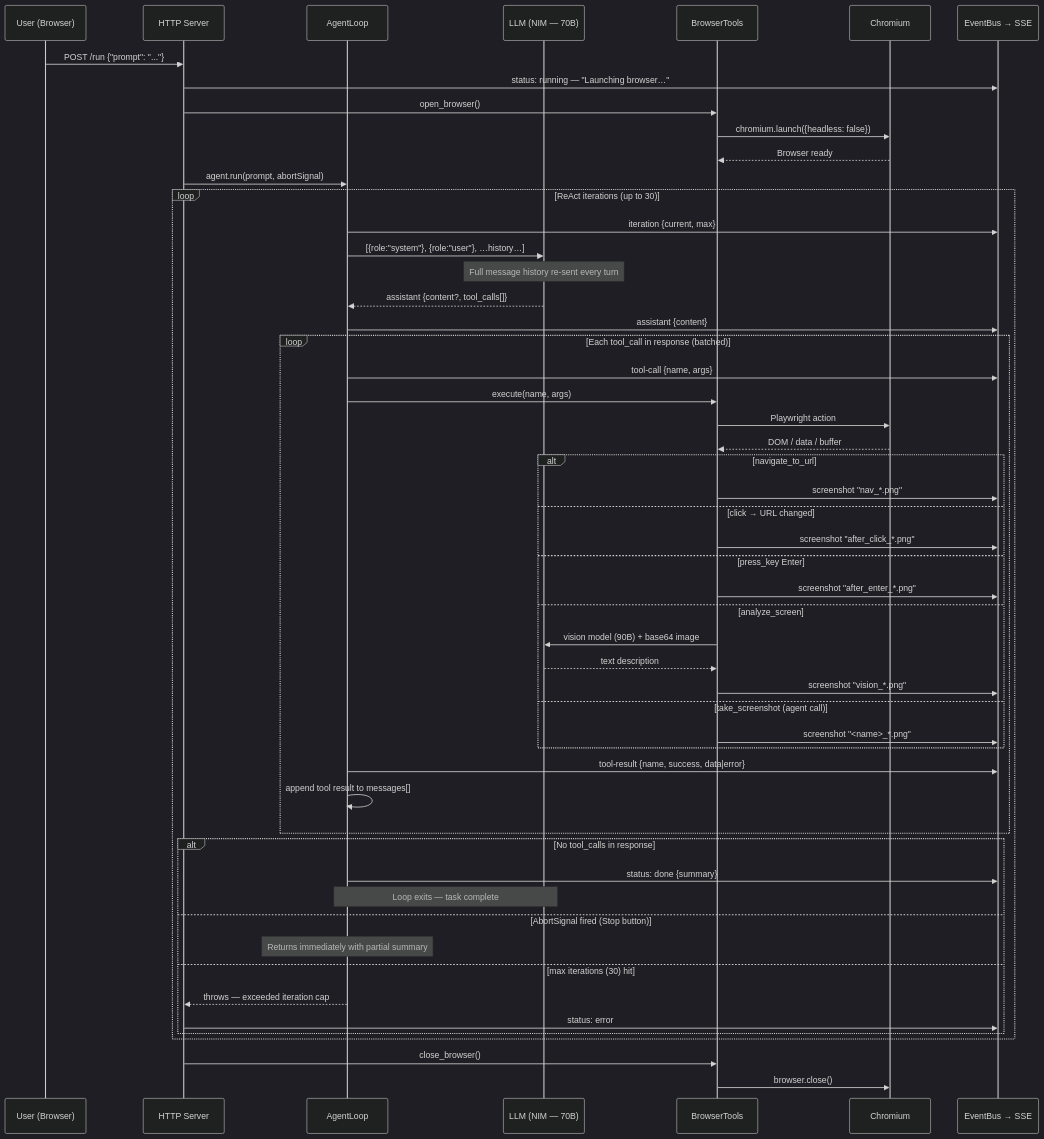
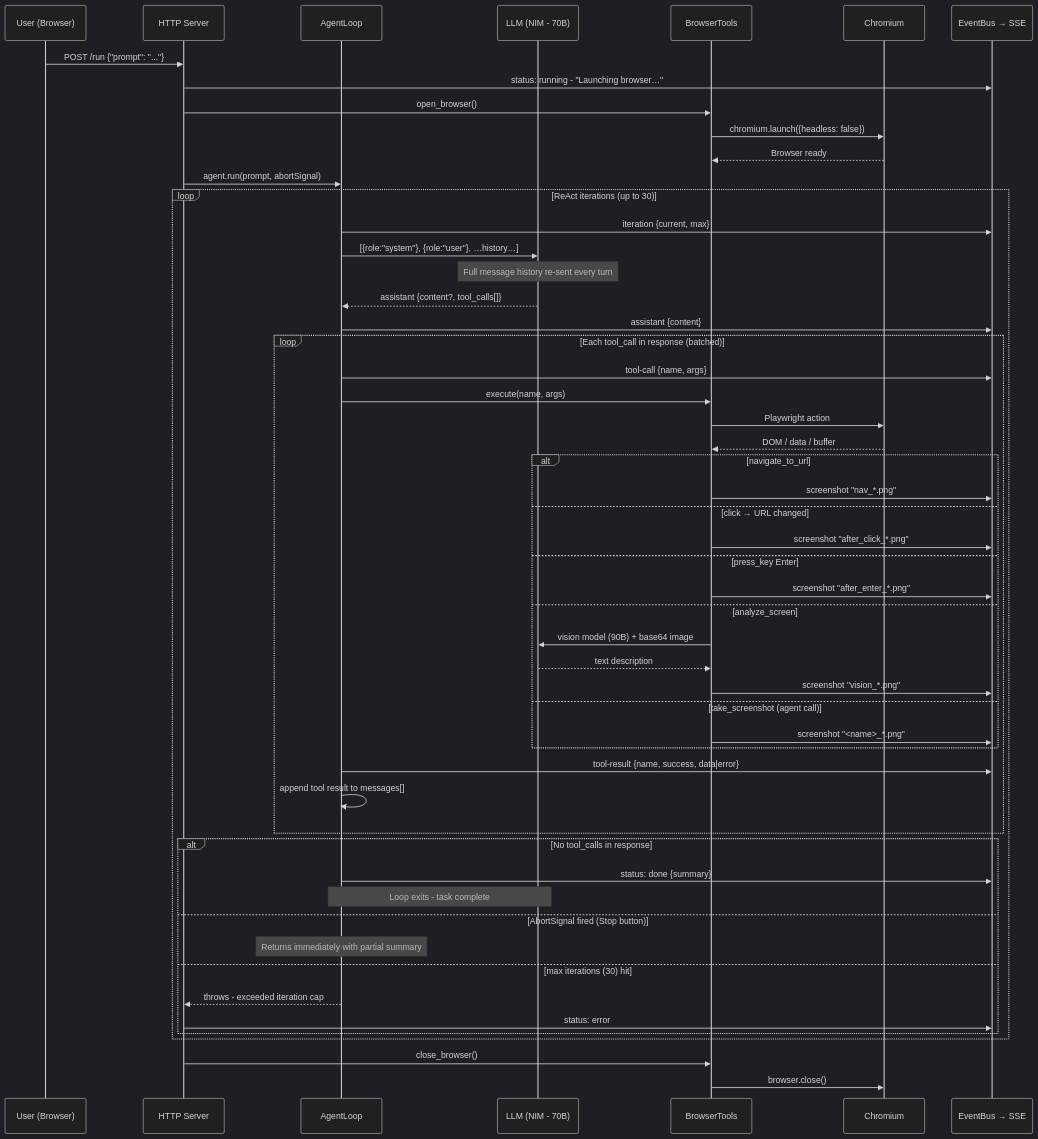
Before and after one commit to r44gh4v/sst-genai-ass-4-Website-Automation-Agent: the second of 2 diagrams in ARCHITECTURE.md, drawn with Mermaid (dark theme). The commit also changed other lines of this file and 1 other file, not shown here.

````diff
--- a/ARCHITECTURE.md
+++ b/ARCHITECTURE.md
@@ -108,62 +108,62 @@
 ```mermaid
 sequenceDiagram
     participant U as User (Browser)
     participant S as HTTP Server
     participant A as AgentLoop
-    participant L as LLM (NIM — 70B)
+    participant L as LLM (NIM - 70B)
     participant T as BrowserTools
     participant B as Chromium
     participant E as EventBus → SSE
 
     U->>S: POST /run {"prompt": "..."}
-    S->>E: status: running — "Launching browser…"
+    S->>E: status: running - "Launching browser…"
     S->>T: open_browser()
     T->>B: chromium.launch({headless: false})
     B-->>T: Browser ready
     S->>A: agent.run(prompt, abortSignal)
 
     loop ReAct iterations (up to 30)
         A->>E: iteration {current, max}
         A->>L: [{role:"system"}, {role:"user"}, …history…]
         Note over L: Full message history re-sent every turn
         L-->>A: assistant {content?, tool_calls[]}
         A->>E: assistant {content}
 
         loop Each tool_call in response (batched)
             A->>E: tool-call {name, args}
             A->>T: execute(name, args)
             T->>B: Playwright action
             B-->>T: DOM / data / buffer
 
             alt navigate_to_url
                 T->>E: screenshot "nav_*.png"
             else click → URL changed
                 T->>E: screenshot "after_click_*.png"
             else press_key Enter
                 T->>E: screenshot "after_enter_*.png"
             else analyze_screen
                 T->>L: vision model (90B) + base64 image
                 L-->>T: text description
                 T->>E: screenshot "vision_*.png"
             else take_screenshot (agent call)
                 T->>E: screenshot "<name>_*.png"
             end
 
             A->>E: tool-result {name, success, data|error}
             A->>A: append tool result to messages[]
         end
 
         alt No tool_calls in response
             A->>E: status: done {summary}
-            Note over A,L: Loop exits — task complete
+            Note over A,L: Loop exits - task complete
         else AbortSignal fired (Stop button)
             Note over A: Returns immediately with partial summary
         else max iterations (30) hit
-            A-->>S: throws — exceeded iteration cap
+            A-->>S: throws - exceeded iteration cap
             S->>E: status: error
         end
     end
 
     S->>T: close_browser()
     T->>B: browser.close()
 ```
````
